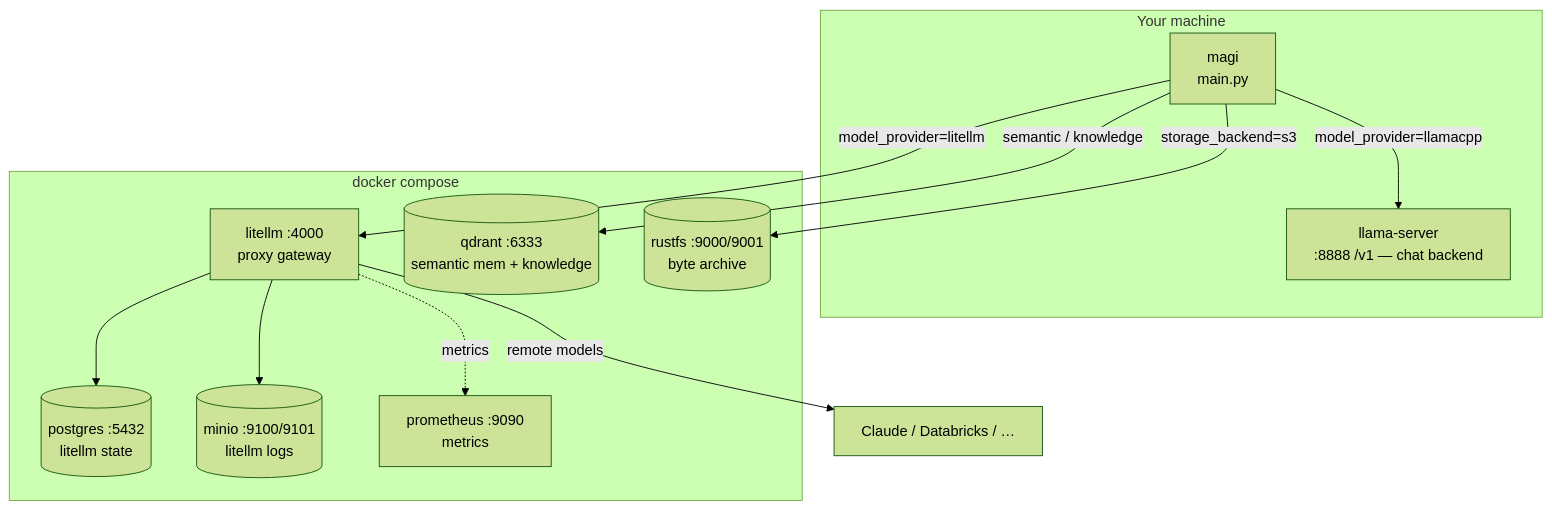
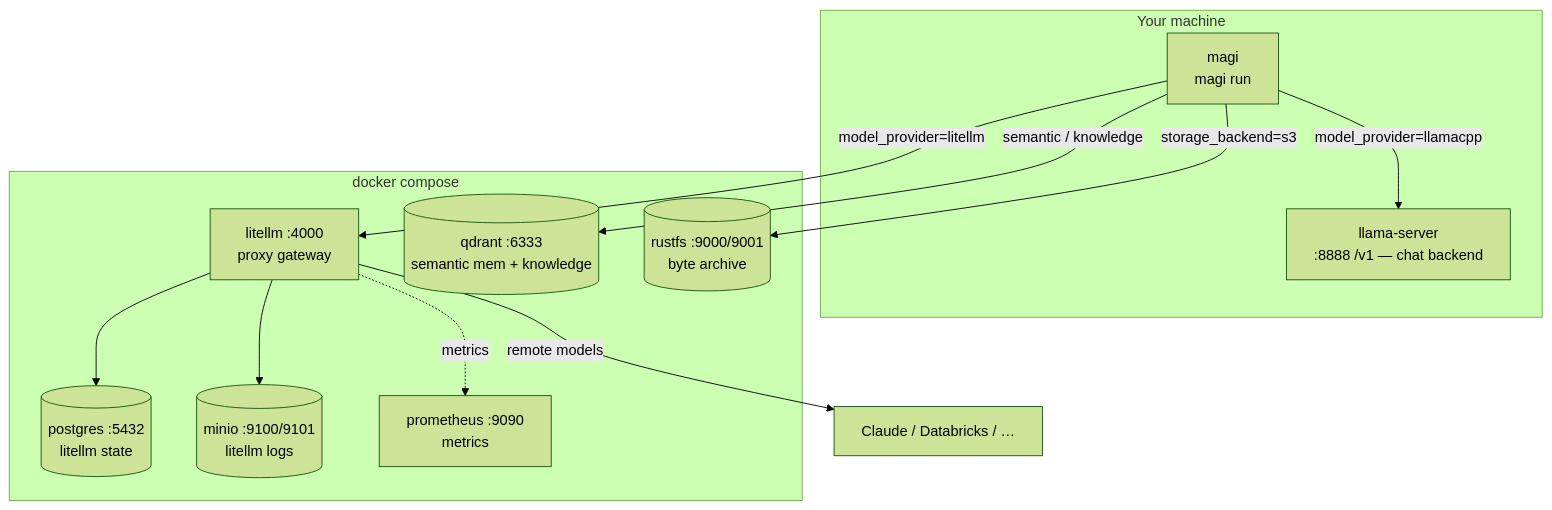
The diagram in docs/infrastructure.md (carneirofc/magi-ai-assistant), drawn with Mermaid (forest theme) before and after one commit. The commit also changed other lines of this file and 13 other files, not shown here.

````diff
--- a/docs/infrastructure.md
+++ b/docs/infrastructure.md
@@ -10,25 +12,25 @@
 ```mermaid
 flowchart TB
     subgraph host["Your machine"]
-        APP[magi<br/>main.py]
+        APP[magi<br/>magi run]
         LS[llama-server<br/>:8888 /v1 — chat backend]
     end
 
     subgraph compose["docker compose"]
         LL[litellm :4000<br/>proxy gateway]
         PG[(postgres :5432<br/>litellm state)]
         QD[(qdrant :6333<br/>semantic mem + knowledge)]
         RF[(rustfs :9000/9001<br/>byte archive)]
         MIO[(minio :9100/9101<br/>litellm logs)]
         PROM[prometheus :9090<br/>metrics]
     end
 
     APP -->|model_provider=llamacpp| LS
     APP -->|model_provider=litellm| LL
     LL --> PG
     LL -->|remote models| CLOUD[Claude / Databricks / …]
     LL -.metrics.-> PROM
     APP -->|semantic / knowledge| QD
     APP -->|storage_backend=s3| RF
     LL --> MIO
 ```
````
